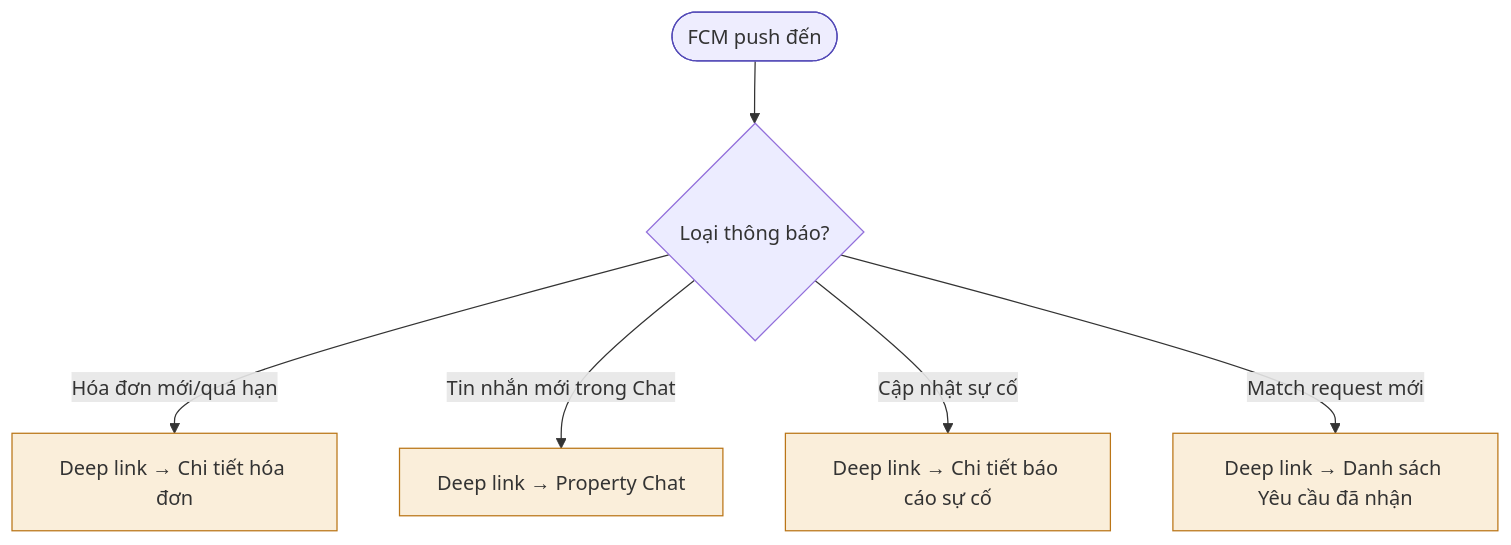
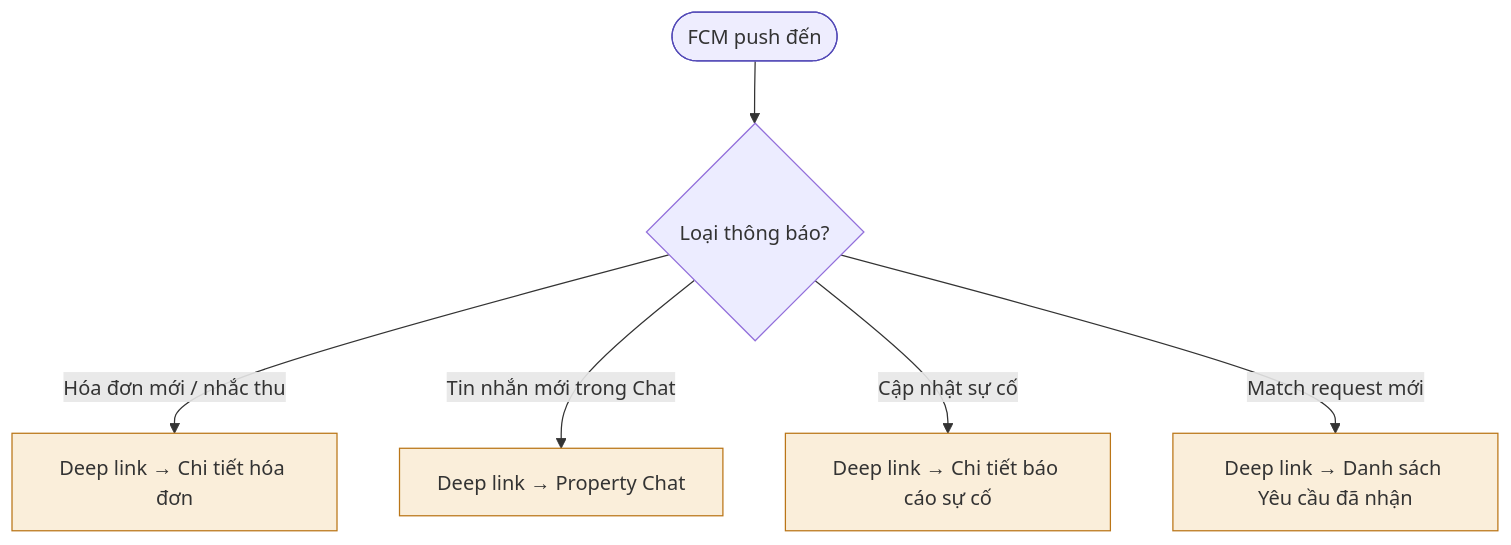
One commit to pbl6-home-renter/docs changed diagram 17 of 17 in phase-1/discovery/user_flow/tenant-user-flow.md. Above: the diagram before and after it, drawn with Mermaid. The commit also changed other lines of this file and 16 other files, not shown here.

````diff
--- a/phase-1/discovery/user_flow/tenant-user-flow.md
+++ b/phase-1/discovery/user_flow/tenant-user-flow.md
@@ -373,14 +375,14 @@
 ```mermaid
 flowchart TD
     Push(["FCM push đến"]) --> Type{"Loại thông báo?"}
-    Type -->|"Hóa đơn mới/quá hạn"| Deep1["Deep link → Chi tiết hóa đơn"]
+    Type -->|"Hóa đơn mới / nhắc thu"| Deep1["Deep link → Chi tiết hóa đơn"]
     Type -->|"Tin nhắn mới trong Chat"| Deep2["Deep link → Property Chat"]
     Type -->|"Cập nhật sự cố"| Deep3["Deep link → Chi tiết báo cáo sự cố"]
     Type -->|"Match request mới"| Deep4["Deep link → Danh sách Yêu cầu đã nhận"]
 
     style Push fill:#eeedfe,stroke:#534ab7
     style Deep1 fill:#faeeda,stroke:#ba7517
     style Deep2 fill:#faeeda,stroke:#ba7517
     style Deep3 fill:#faeeda,stroke:#ba7517
     style Deep4 fill:#faeeda,stroke:#ba7517
 ```
````
